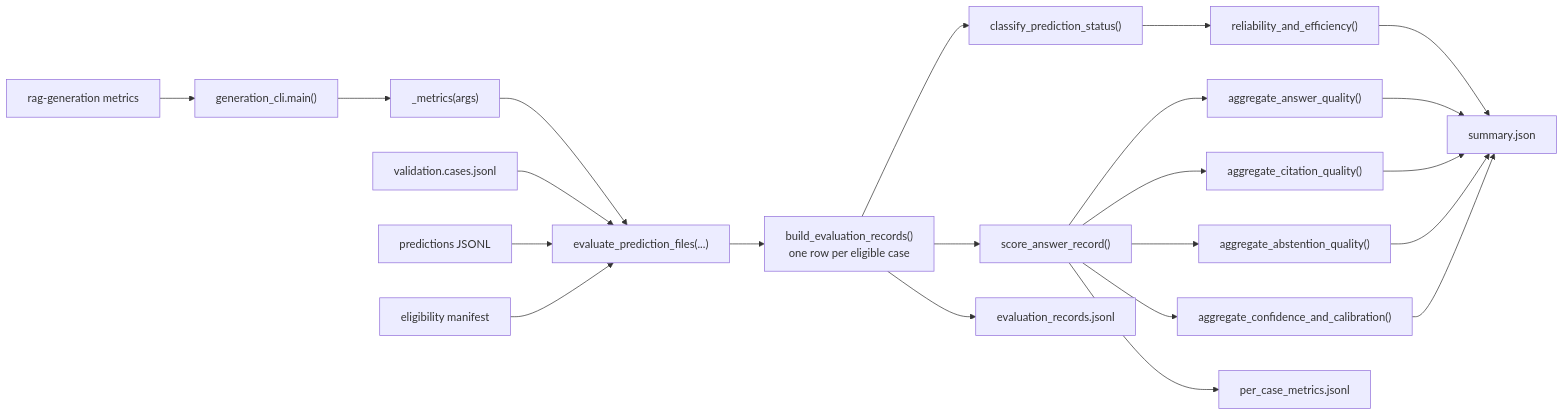
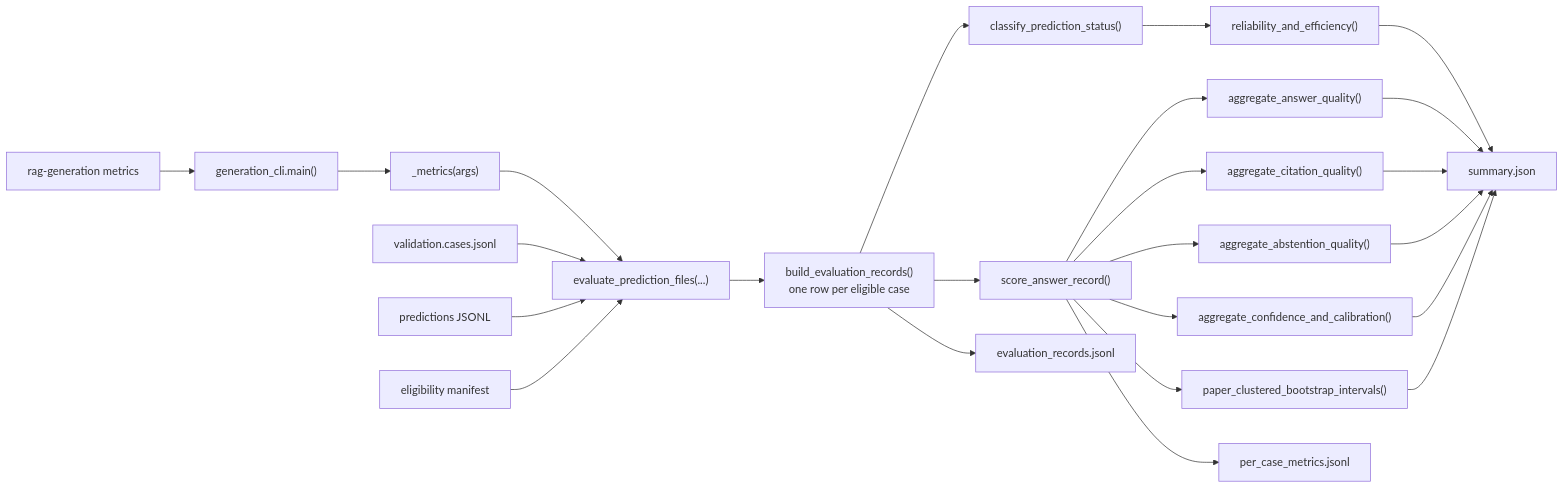
Before and after one commit to AaronYXZ/Financial_RAG: the fourth of 4 diagrams in generation_smoke_test_execution.md, drawn with Mermaid. The commit also changed other lines of this file and 5 other files, not shown here.

Commit message:
Implement paper-clustered bootstrap intervals

````diff
--- a/generation_smoke_test_execution.md
+++ b/generation_smoke_test_execution.md
@@ -532,24 +532,26 @@
 ```mermaid
 flowchart LR
     Command["rag-generation metrics"] --> Main["generation_cli.main()"]
     Main --> Handler["_metrics(args)"]
     Handler --> Evaluate["evaluate_prediction_files(...)"]
     Cases["validation.cases.jsonl"] --> Evaluate
     Predictions["predictions JSONL"] --> Evaluate
     Eligibility["eligibility manifest"] --> Evaluate
     Evaluate --> Join["build_evaluation_records()<br/>one row per eligible case"]
     Join --> Status["classify_prediction_status()"]
     Join --> Quality["score_answer_record()"]
     Status --> Reliability["reliability_and_efficiency()"]
     Quality --> Aggregate["aggregate_answer_quality()"]
     Quality --> Citations["aggregate_citation_quality()"]
     Quality --> Abstention["aggregate_abstention_quality()"]
     Quality --> Confidence["aggregate_confidence_and_calibration()"]
+    Quality --> Bootstrap["paper_clustered_bootstrap_intervals()"]
     Reliability --> Summary["summary.json"]
     Aggregate --> Summary
     Citations --> Summary
     Abstention --> Summary
     Confidence --> Summary
+    Bootstrap --> Summary
     Join --> Records["evaluation_records.jsonl"]
     Quality --> PerCase["per_case_metrics.jsonl"]
 ```
````
